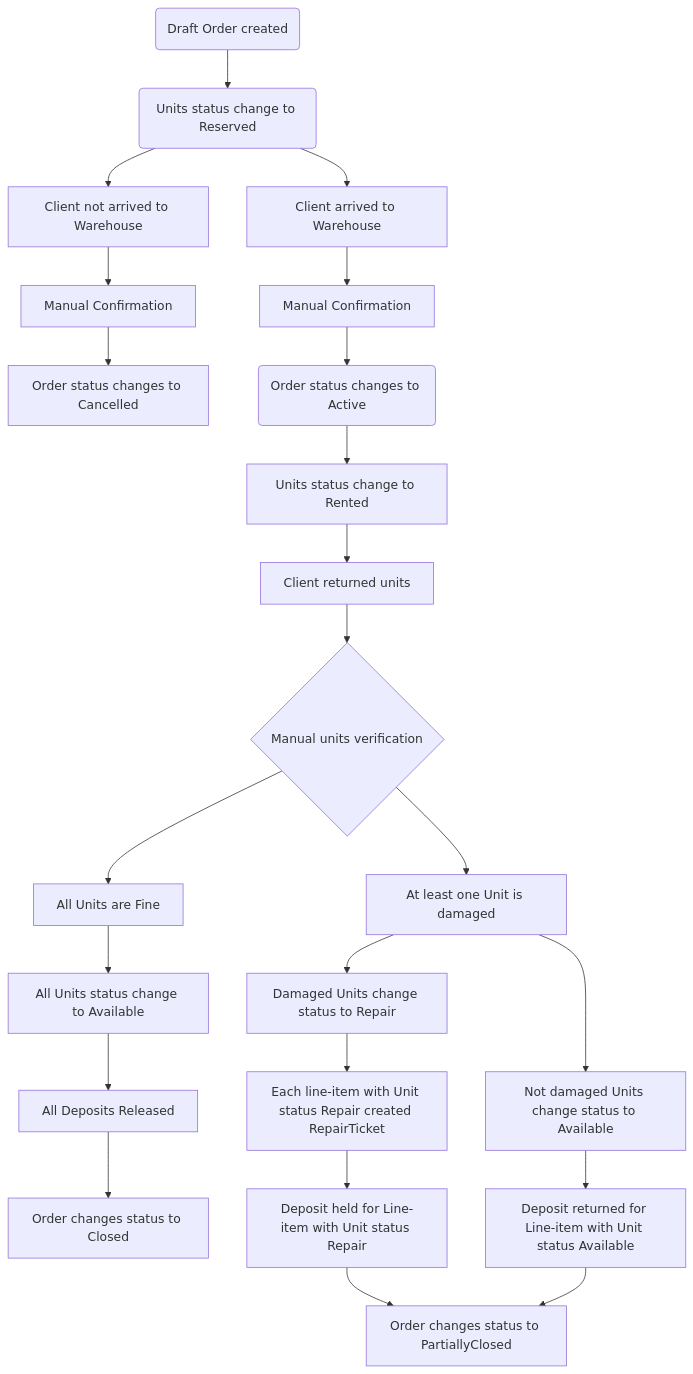
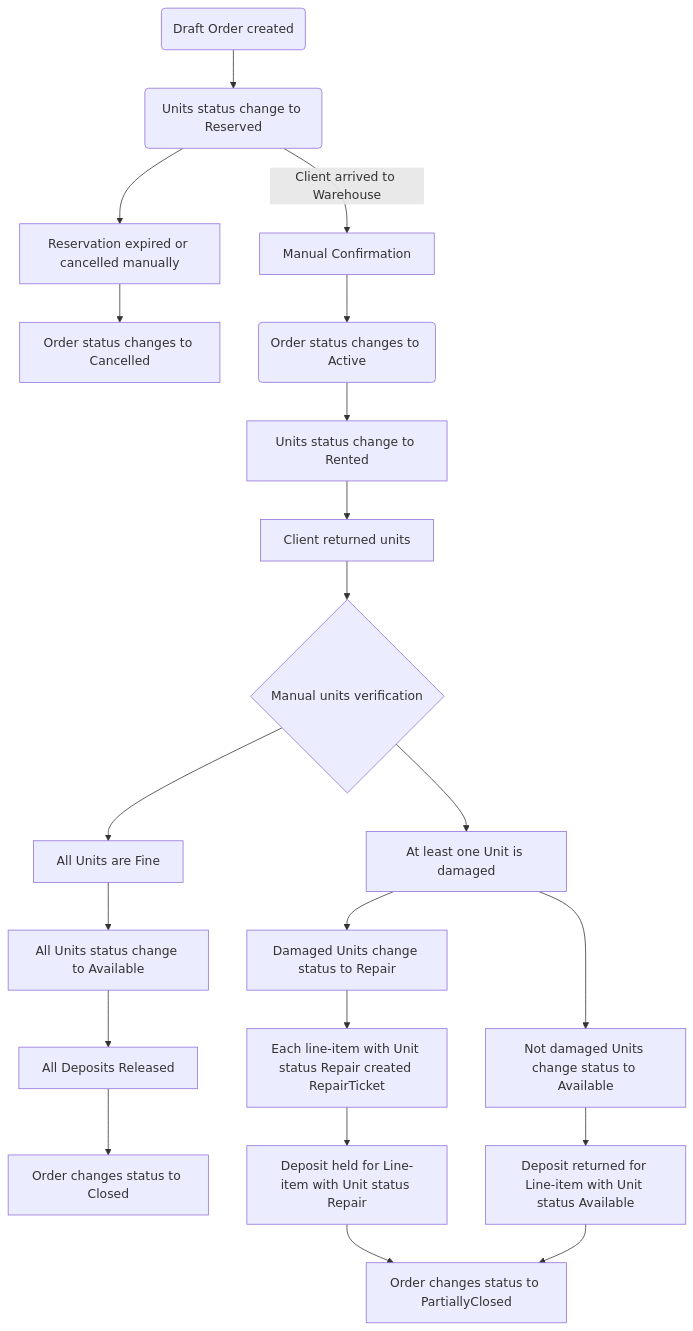
The diagram in Flowchart.md (Diamko94/rentals1), drawn with Mermaid before and after one commit.

````diff
--- a/Flowchart.md
+++ b/Flowchart.md
@@ -1,33 +1,31 @@
 ```mermaid
 flowchart TD
 
     %% Бронироваие
     A(Draft Order created) --> B(Units status change to Reserved)
 
     %% Выдача
-    B --> G[Client arrived to Warehouse]
-    G --> I[Manual Confirmation]
-    B --> D[Client not arrived to Warehouse]
-    D --> E[Manual Confirmation]
+    B --> |Client arrived to Warehouse| I[Manual Confirmation]
+    B --> E[Reservation expired or cancelled manually]
     E --> F[Order status changes to Cancelled]
     I --> J(Order status changes to Active)
 
     %% Возврат
     J --> X[Units status change to Rented]
     X --> K[Client returned units]
     K --> L{Manual units verification}
     L --> M[All Units are Fine] 
     M --> N[All Units status change to Available]
     L --> O[At least one Unit is damaged]
     O --> P[Damaged Units change status to Repair]
     P --> R[Each line-item with Unit status Repair created RepairTicket]
     O --> T[Not damaged Units change status to Available]
 
     %% Расчет
     N --> Q[All Deposits Released]
     Q --> V[Order changes status to Closed]
     R --> S[Deposit held for Line-item with Unit status Repair]
     T --> U[Deposit returned for Line-item with Unit status Available]
     S --> W[Order changes status to PartiallyClosed]
     U --> W[Order changes status to PartiallyClosed]
 ```
````
